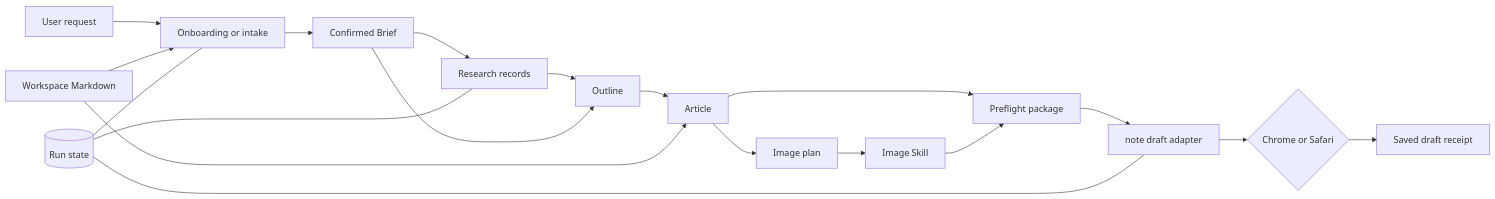
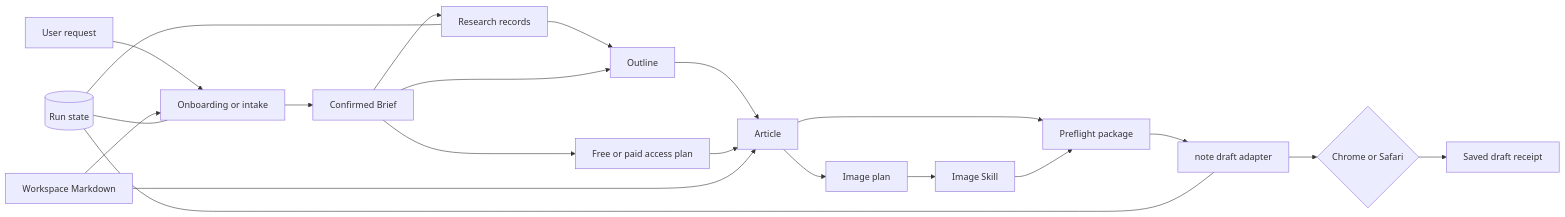
Before and after one commit to Azamarusuisan/AZMAEUni: the first of 2 diagrams in references/architecture.md, drawn with Mermaid. The commit also changed other lines of this file and 20 other files, not shown here.

````diff
--- a/references/architecture.md
+++ b/references/architecture.md
@@ -73,21 +75,23 @@
 ```mermaid
 flowchart LR
   U[User request] --> O[Onboarding or intake]
   M[Workspace Markdown] --> O
   O --> B[Confirmed Brief]
   B --> R[Research records]
   R --> L[Outline]
   B --> L
   L --> A[Article]
+  B --> Q[Free or paid access plan]
+  Q --> A
   M --> A
   A --> I[Image plan]
   I --> G[Image Skill]
   A --> P[Preflight package]
   G --> P
   P --> C[note draft adapter]
   C --> X{Chrome or Safari}
   X --> D[Saved draft receipt]
   S[(Run state)] --- O
   S --- R
   S --- C
 ```
````
